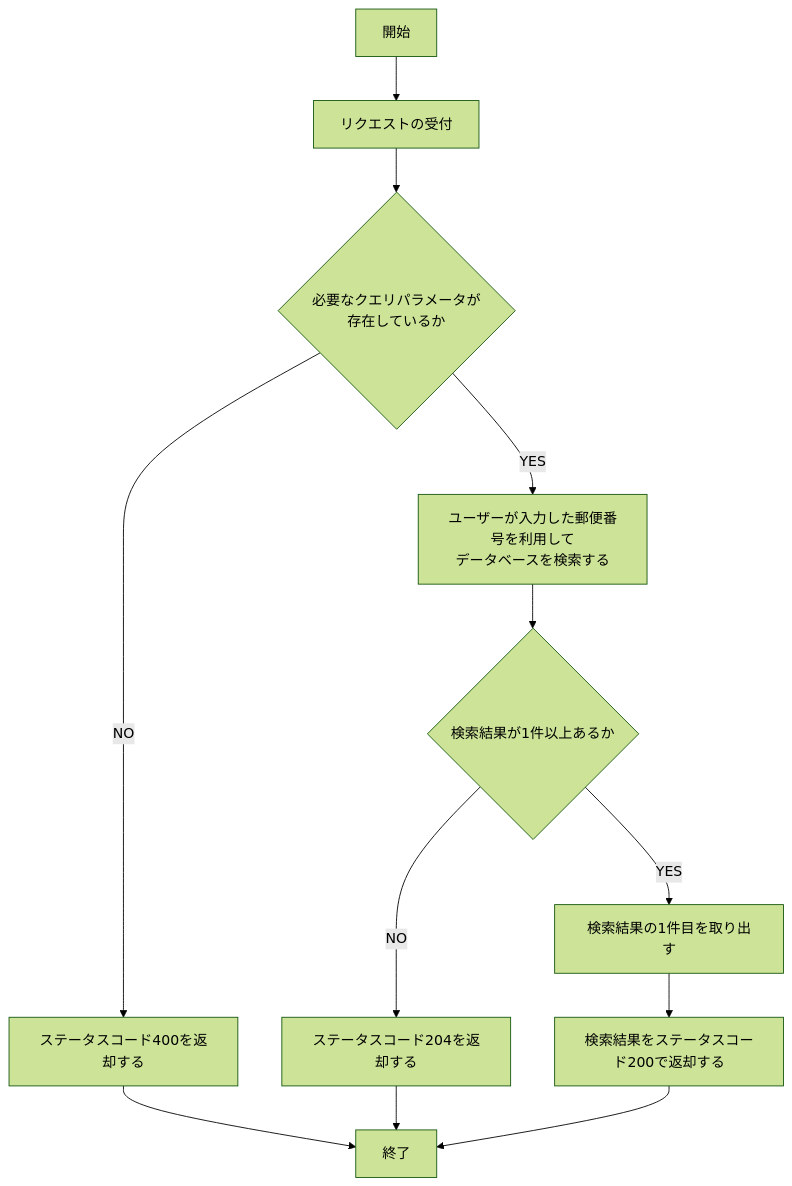
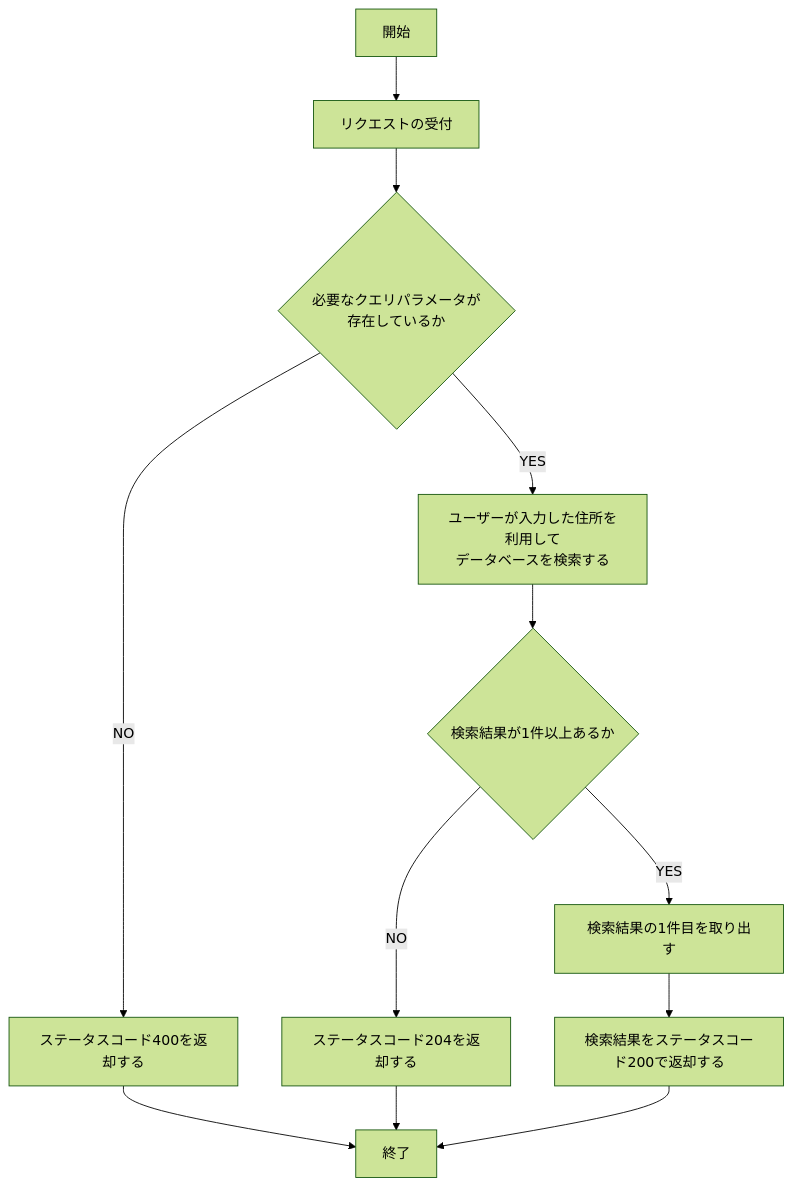
Before and after one commit to naruto1231/system-challenges: the first of 3 diagrams in qst-0202/qst-0202-b.md, drawn with Mermaid (forest theme). The commit also changed other lines of this file and 3 other files, not shown here.

````diff
--- a/qst-0202/qst-0202-b.md
+++ b/qst-0202/qst-0202-b.md
@@ -78,14 +68,14 @@
 ```Mermaid
 graph TD
   Start[開始] --> A[リクエストの受付]
   A --> B{"必要なクエリパラメータが\n存在しているか"}
-  B -->|YES| C["ユーザーが入力した郵便番号を利用して\nデータベースを検索する"]
+  B -->|YES| C["ユーザーが入力した住所を利用して\nデータベースを検索する"]
   B -->|NO| D[ステータスコード400を返却する]
   C --> E{検索結果が1件以上あるか}
   E -->|YES| F[検索結果の1件目を取り出す]
   E -->|NO| G[ステータスコード204を返却する]
   F --> H[検索結果をステータスコード200で返却する]
   D --> End[終了]
   G --> End
   H --> End
 ```
````
